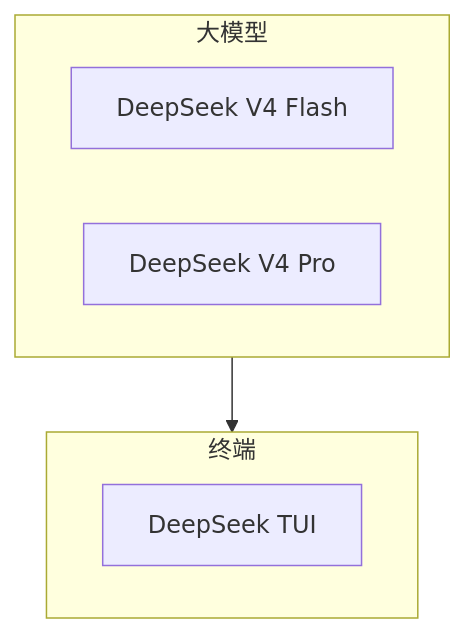
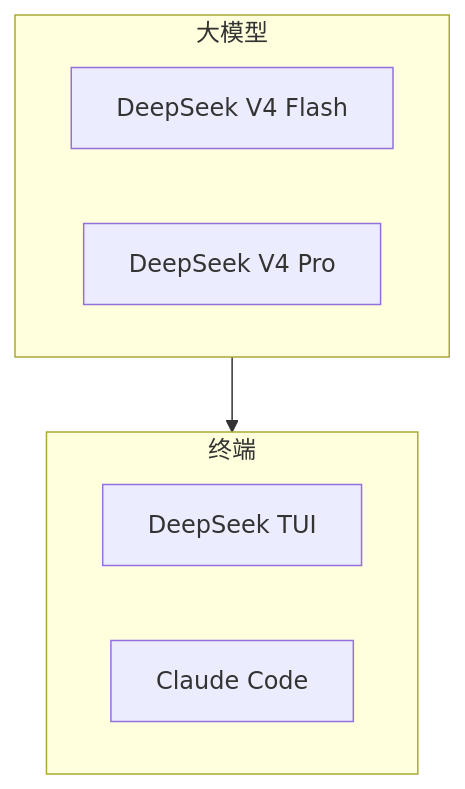
One commit to yuanxin518/ai-path changed the diagram in README.md. Above: the diagram before and after it, drawn with Mermaid. The commit also changed other lines of this file and 1 other file, not shown here.

Commit message:
添加技术栈: Claude Code → 终端节点

````diff
--- a/README.md
+++ b/README.md
@@ -18,13 +18,14 @@
 ```mermaid
 flowchart TD
     subgraph "大模型"
         DS1["DeepSeek V4 Flash"]
         DS2["DeepSeek V4 Pro"]
     end
 
     subgraph "终端"
         TUI["DeepSeek TUI"]
+        CC["Claude Code"]
     end
 
     大模型 --> 终端
 ```
````
